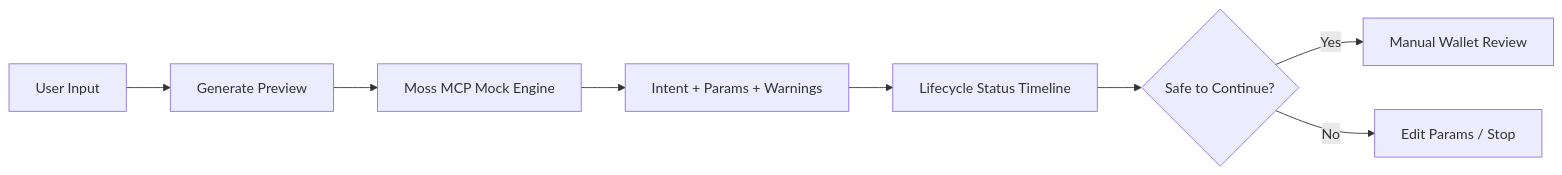
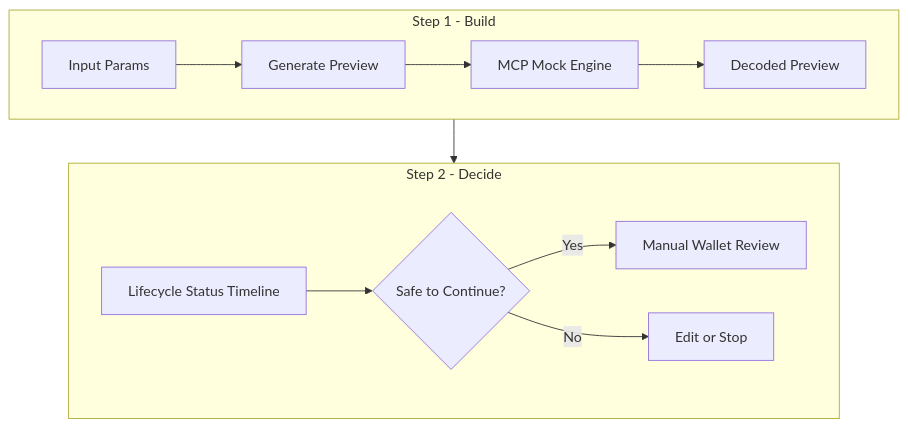
The first of 8 diagrams in README.md (sunshineluyao/Moss-Mcp-Transaction), drawn with Mermaid before and after one commit. The commit also changed other lines of this file, not shown here.

Commit message:
docs: redesign mermaid diagrams for cleaner compact layout

````diff
--- a/README.md
+++ b/README.md
@@ -119,10 +119,18 @@
 ```mermaid
-flowchart LR
-  A[User Input] --> B[Generate Preview]
-  B --> C[Moss MCP Mock Engine]
-  C --> D[Intent + Params + Warnings]
-  D --> E[Lifecycle Status Timeline]
-  E --> F{Safe to Continue?}
-  F -->|Yes| G[Manual Wallet Review]
-  F -->|No| H[Edit Params / Stop]
+flowchart TB
+  subgraph R1[Step 1 - Build]
+    direction LR
+    A[Input Params] --> B[Generate Preview]
+    B --> C[MCP Mock Engine]
+    C --> D[Decoded Preview]
+  end
+
+  subgraph R2[Step 2 - Decide]
+    direction LR
+    E[Lifecycle Status Timeline] --> F{Safe to Continue?}
+    F -->|Yes| G[Manual Wallet Review]
+    F -->|No| H[Edit or Stop]
+  end
+
+  D --> E
 ```
````
